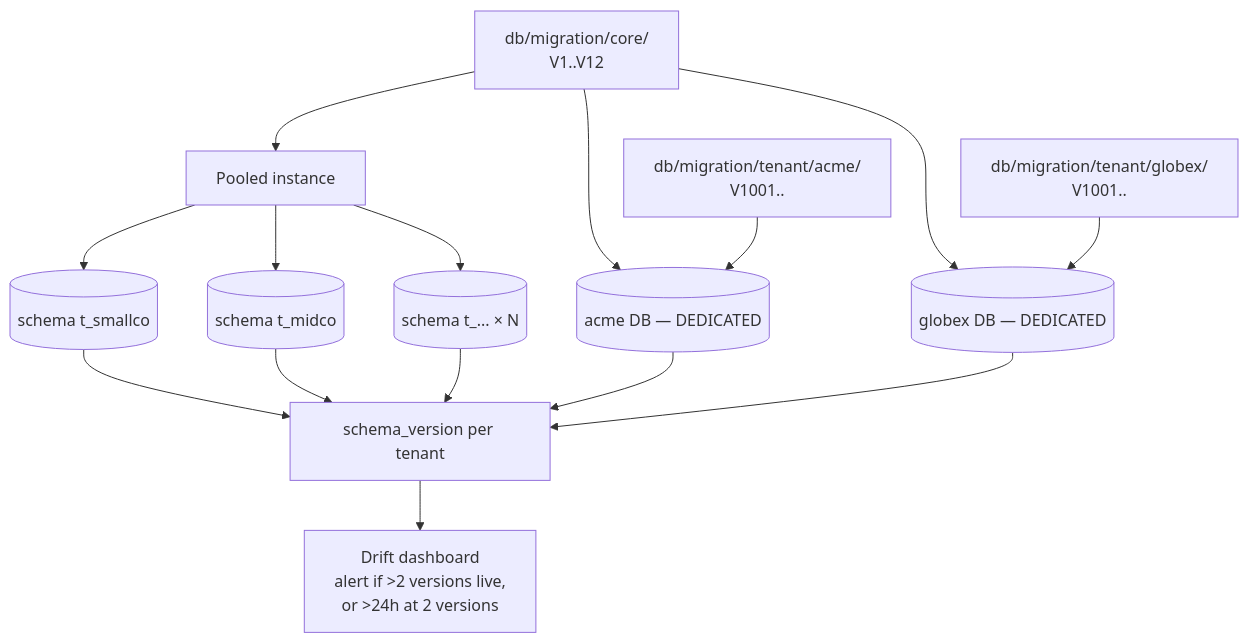
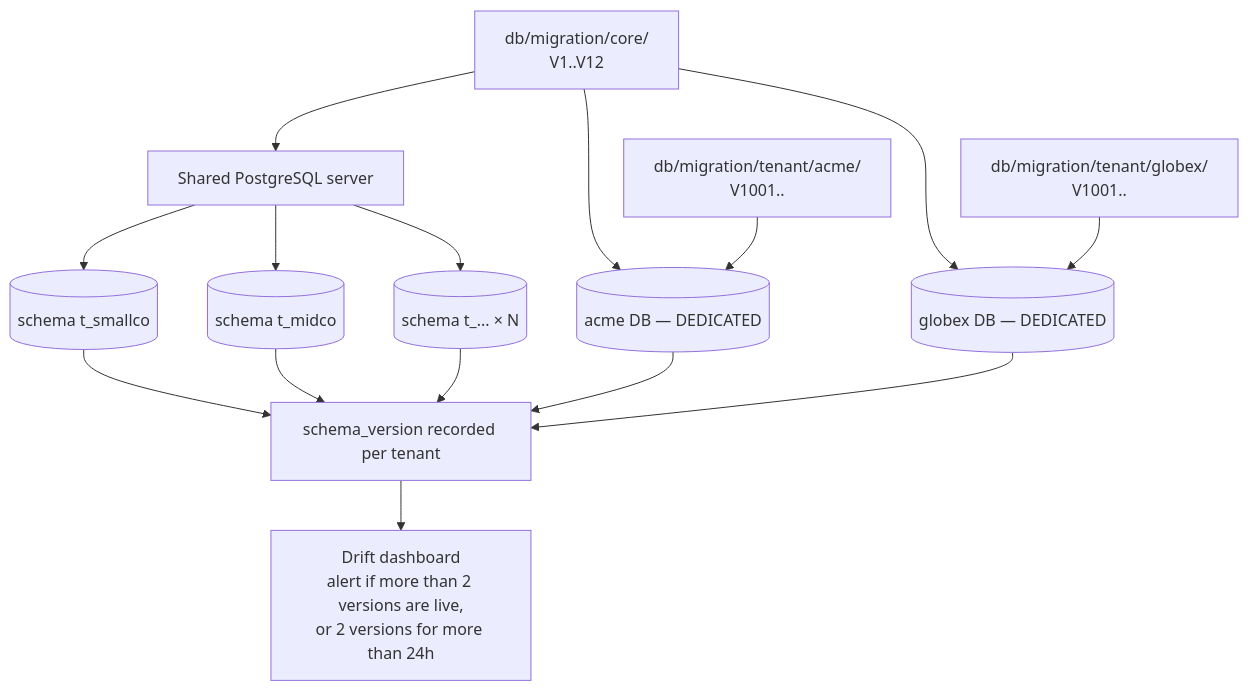
Before and after one commit to novrian/tnemsessa-aisaytirgetni: the third of 3 diagrams in part-1/README.md, drawn with Mermaid. The commit also changed other lines of this file and 1 other file, not shown here.

````diff
--- a/part-1/README.md
+++ b/part-1/README.md
@@ -454,19 +522,19 @@
 ```mermaid
 flowchart TD
     CORE["db/migration/core/<br/>V1..V12"]
     T1["db/migration/tenant/acme/<br/>V1001.."]
     T2["db/migration/tenant/globex/<br/>V1001.."]
 
-    CORE --> POOL["Pooled instance"]
+    CORE --> POOL["Shared PostgreSQL server"]
     POOL --> S1[("schema t_smallco")]
     POOL --> S2[("schema t_midco")]
     POOL --> S3[("schema t_... × N")]
 
     CORE --> D1[("acme DB — DEDICATED")]
     CORE --> D2[("globex DB — DEDICATED")]
     T1 --> D1
     T2 --> D2
 
-    S1 & S2 & S3 & D1 & D2 --> SV["schema_version per tenant"]
-    SV --> DASH["Drift dashboard<br/>alert if >2 versions live,<br/>or >24h at 2 versions"]
+    S1 & S2 & S3 & D1 & D2 --> SV["schema_version recorded per tenant"]
+    SV --> DASH["Drift dashboard<br/>alert if more than 2 versions are live,<br/>or 2 versions for more than 24h"]
 ```
````
